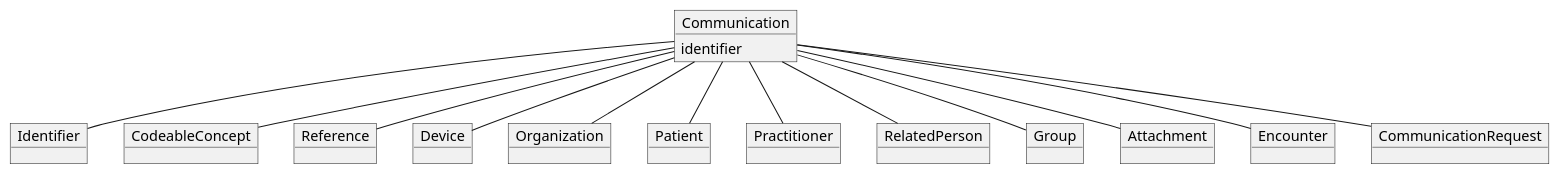
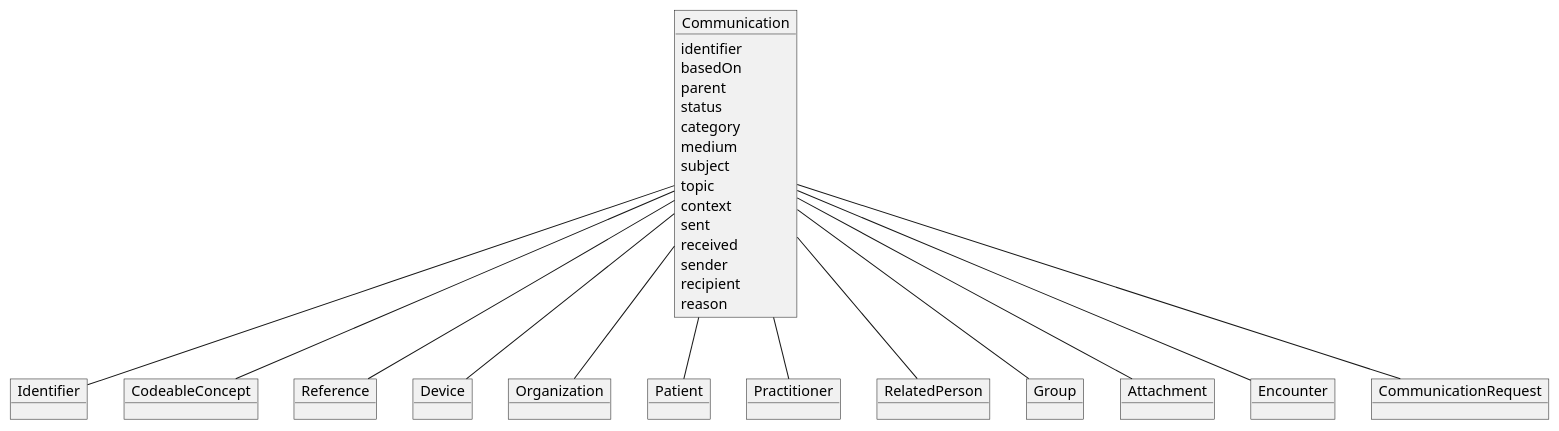
Before and after one commit to omahoito/rfc: the diagram in PLANTUML_Diagrams/Communication.plantuml, drawn with PlantUML.

```diff
--- a/PLANTUML_Diagrams/Communication.plantuml
+++ b/PLANTUML_Diagrams/Communication.plantuml
@@ -1,32 +1,45 @@
 @startuml
 object Communication{
     identifier
+    basedOn
+    parent
+    status
+    category
+    medium
+    subject
+    topic
+    context
+    sent
+    received
+    sender
+    recipient
+    reason    
 }
 
 
 object Identifier
 object CodeableConcept
 object Reference
 object Device
 object Organization
 object Patient
 object Practitioner
 object RelatedPerson
 object Group
 object Attachment
 object Encounter
 object CommunicationRequest
 
 Communication -- Identifier
 Communication -- CodeableConcept
 Communication -- Reference
 Communication -- Device
 Communication -- Organization
 Communication -- Patient
 Communication -- Practitioner
 Communication -- RelatedPerson
 Communication -- Group
 Communication -- Attachment
 Communication -- Encounter
 Communication -- CommunicationRequest
 @enduml
```
